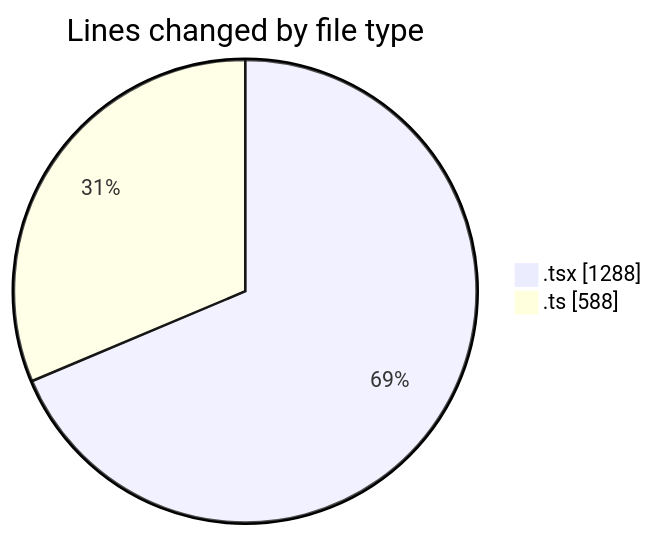
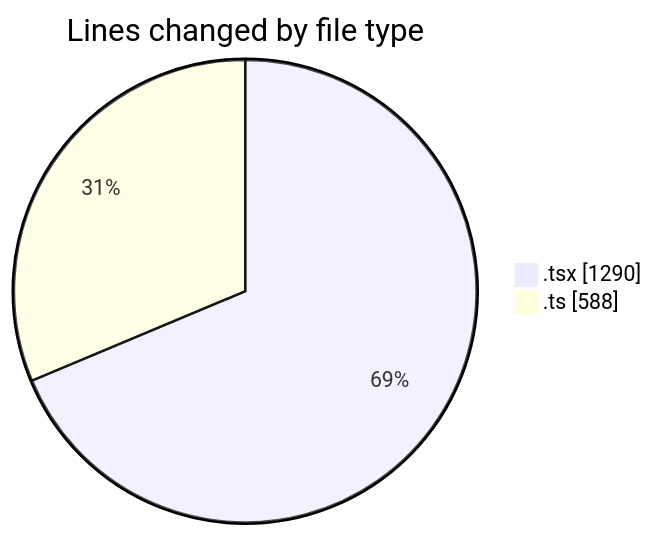
One commit to nxtqubesakshisongat/code-tracking changed the first of 2 diagrams in 2026-04-17/airfeed-analytics-dashboard/README.md. Above: the diagram before and after it, drawn with Mermaid. The commit also changed other lines of this file and 1 other file, not shown here.

````diff
--- a/2026-04-17/airfeed-analytics-dashboard/README.md
+++ b/2026-04-17/airfeed-analytics-dashboard/README.md
@@ -29,6 +29,6 @@
 ```mermaid
 pie showData
 title Lines changed by file type
-".tsx" : 1288
+".tsx" : 1290
 ".ts" : 588
 ```
````
